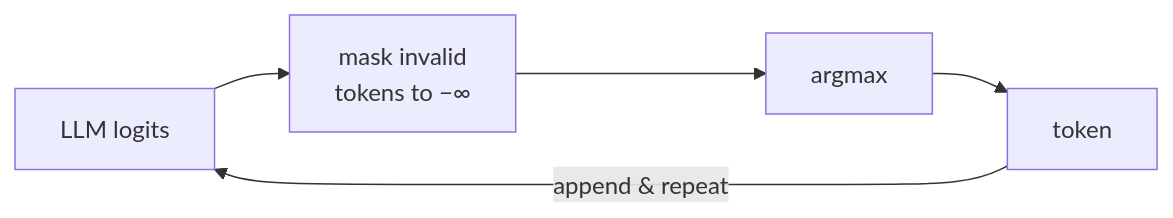
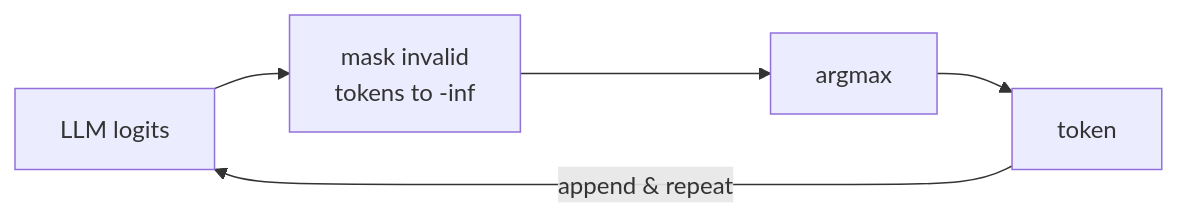
The second of 2 diagrams in README.md (laghzal49/Call-me-maybe), drawn with Mermaid before and after one commit. The commit also changed other lines of this file and 11 other files, not shown here.

````diff
--- a/README.md
+++ b/README.md
@@ -42,5 +42,5 @@
 ```mermaid
 flowchart LR
-    L["LLM logits"] --> M["mask invalid<br/>tokens to −∞"] --> A[argmax] --> T[token]
+    L["LLM logits"] --> M["mask invalid<br/>tokens to -inf"] --> A[argmax] --> T[token]
     T -->|append & repeat| L
 ```
````
